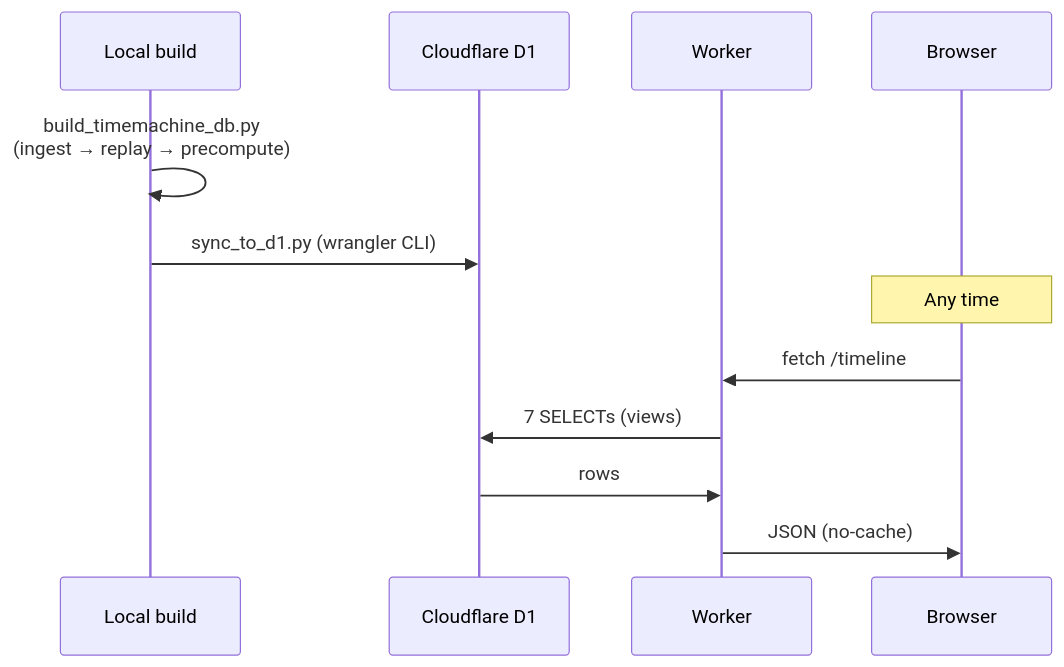
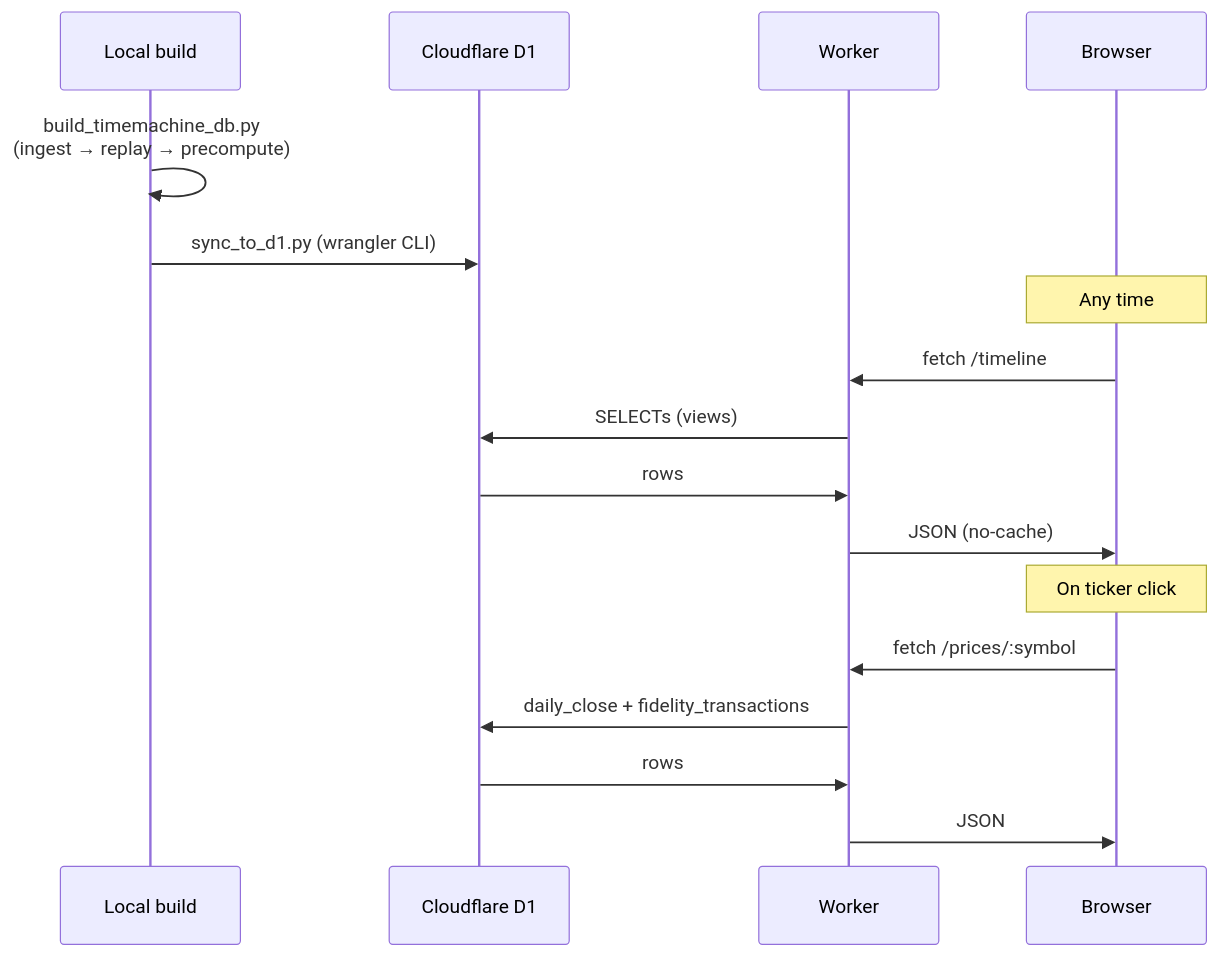
The second of 3 diagrams in README.md (Guoyuer/portal), drawn with Mermaid before and after one commit. The commit also changed other lines of this file and 4 other files, not shown here.

First line of the commit message:
docs: update all docs to reflect current architecture

````diff
--- a/README.md
+++ b/README.md
@@ -55,16 +55,22 @@
 ```mermaid
 sequenceDiagram
     participant Local as Local build
     participant D1 as Cloudflare D1
     participant Worker as Worker
     participant User as Browser
 
     Local->>Local: build_timemachine_db.py<br/>(ingest → replay → precompute)
     Local->>D1: sync_to_d1.py (wrangler CLI)
 
     Note over User: Any time
     User->>Worker: fetch /timeline
-    Worker->>D1: 7 SELECTs (views)
+    Worker->>D1: SELECTs (views)
     D1->>Worker: rows
     Worker->>User: JSON (no-cache)
+
+    Note over User: On ticker click
+    User->>Worker: fetch /prices/:symbol
+    Worker->>D1: daily_close + fidelity_transactions
+    D1->>Worker: rows
+    Worker->>User: JSON
 ```
````
